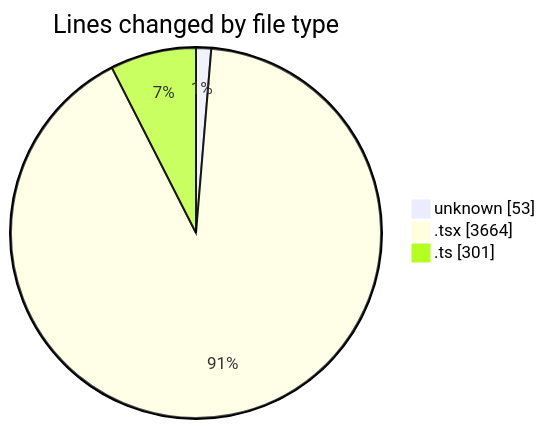
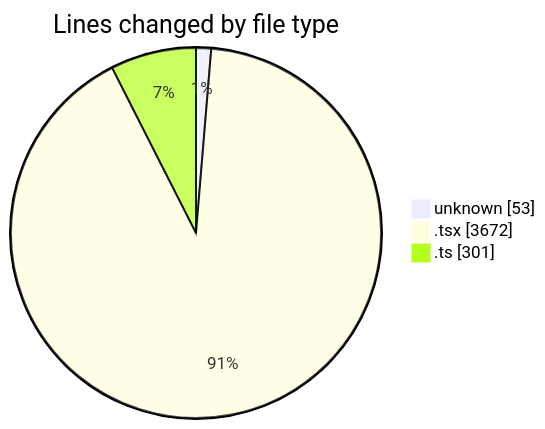
Before and after one commit to momahboobian/code-tracking: the first of 2 diagrams in 2026-01-28/cda/README.md, drawn with Mermaid. The commit also changed other lines of this file and 1 other file, not shown here.

````diff
--- a/2026-01-28/cda/README.md
+++ b/2026-01-28/cda/README.md
@@ -23,7 +23,7 @@
 ```mermaid
 pie showData
 title Lines changed by file type
 "unknown" : 53
-".tsx" : 3664
+".tsx" : 3672
 ".ts" : 301
 ```
````
